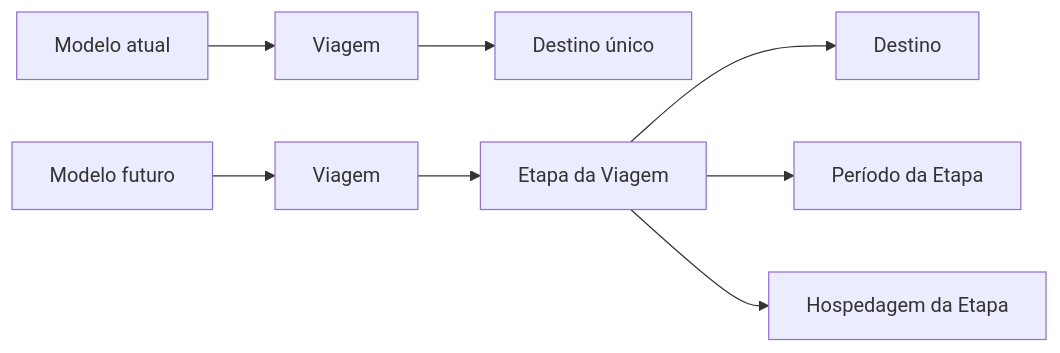
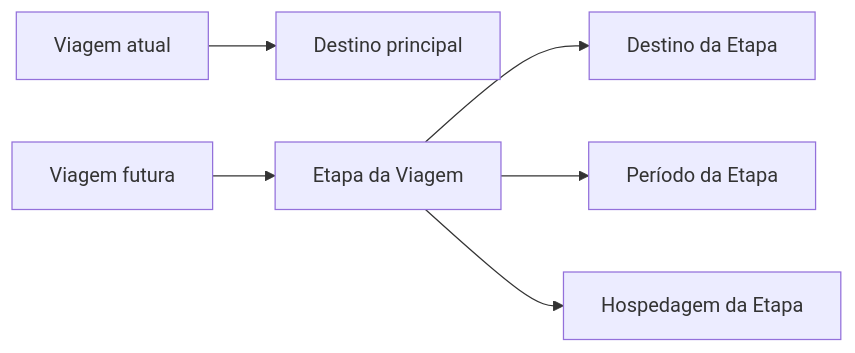
Diagram 17 of 17 in docs/domain/domain-model.md (collapsy/Routebook), drawn with Mermaid before and after one commit. The commit also changed other lines of this file and 1 other file, not shown here.

````diff
--- a/docs/domain/domain-model.md
+++ b/docs/domain/domain-model.md
@@ -3589,22 +2955,18 @@
-```mermaid id="pkvvvl"
+```mermaid
 flowchart LR
-    Current["Modelo atual"]
-    Trip["Viagem"]
-    Destination["Destino único"]
+    CurrentTrip["Viagem atual"]
+    CurrentDestination["Destino principal"]
 
-    Future["Modelo futuro"]
-    TripFuture["Viagem"]
+    FutureTrip["Viagem futura"]
     Stage["Etapa da Viagem"]
-    DestinationFuture["Destino"]
+    StageDestination["Destino da Etapa"]
     StagePeriod["Período da Etapa"]
-    AccommodationFuture["Hospedagem da Etapa"]
+    StageAccommodation["Hospedagem da Etapa"]
 
-    Current --> Trip
-    Trip --> Destination
+    CurrentTrip --> CurrentDestination
 
-    Future --> TripFuture
-    TripFuture --> Stage
-    Stage --> DestinationFuture
+    FutureTrip --> Stage
+    Stage --> StageDestination
     Stage --> StagePeriod
-    Stage --> AccommodationFuture
+    Stage --> StageAccommodation
 ```
````
